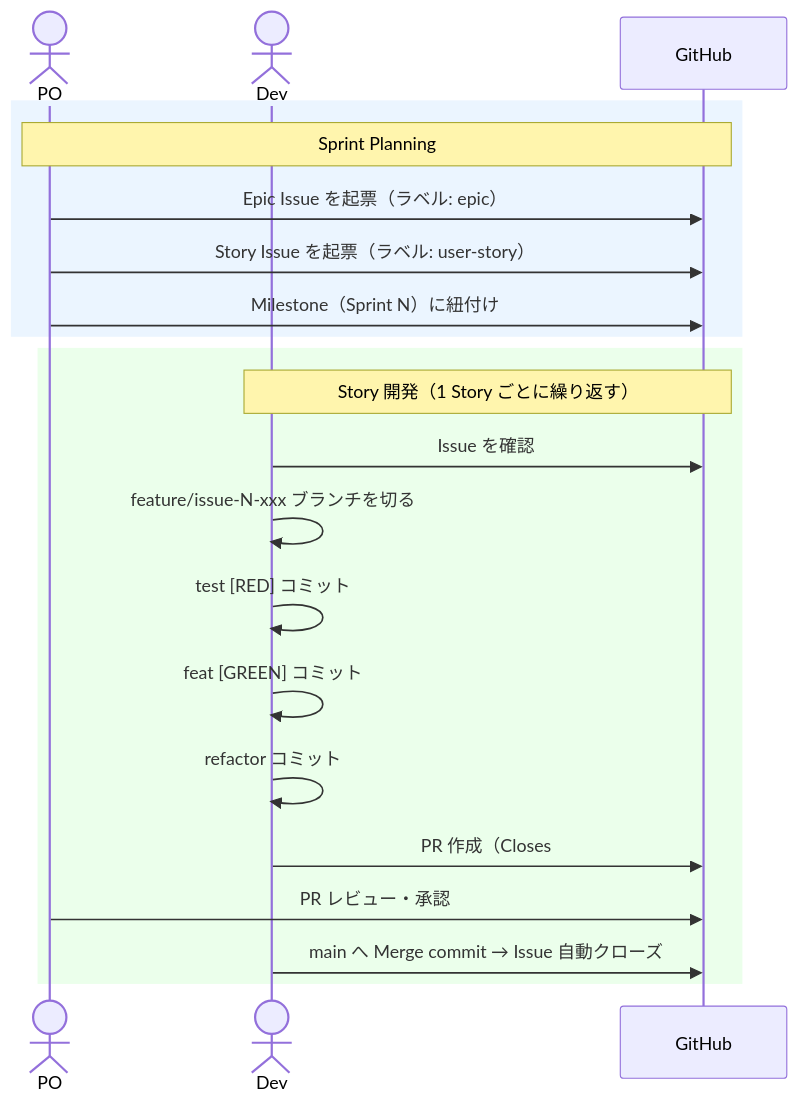
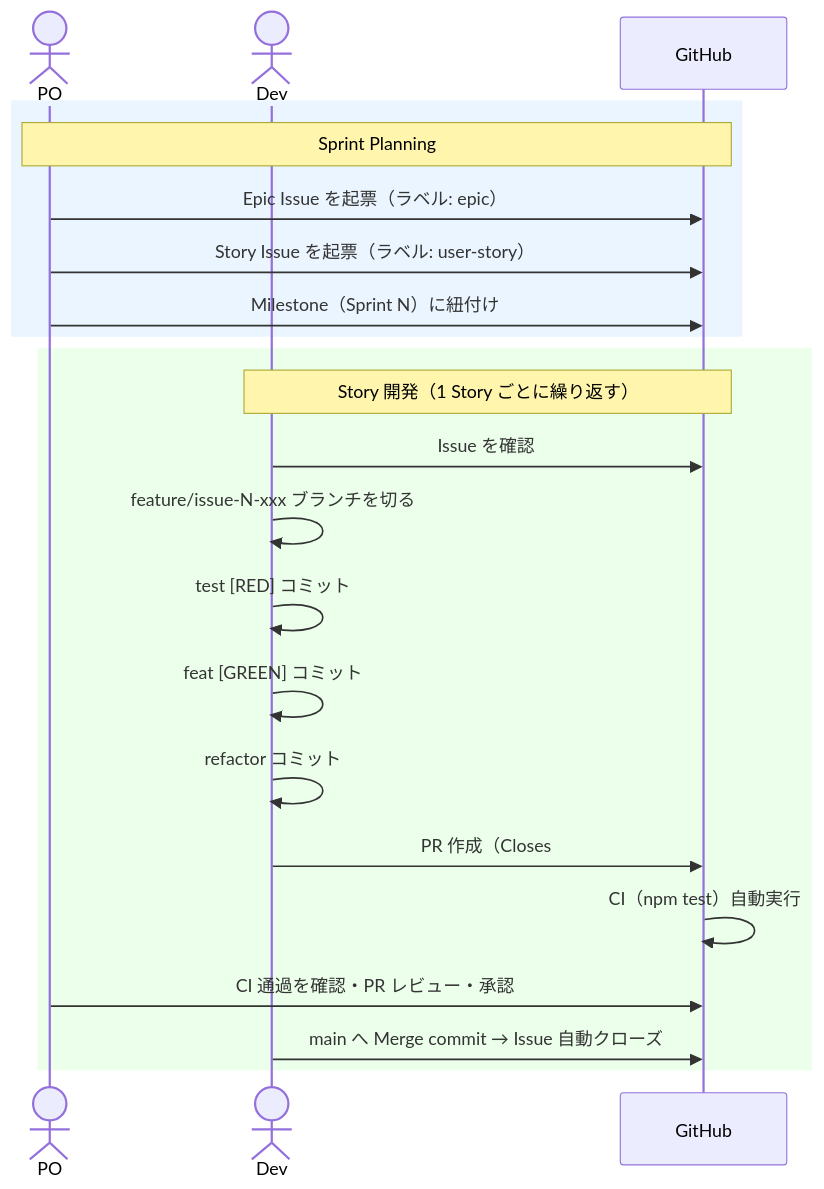
One commit to KeisukeNAITO/scale-paper-generator changed the first of 2 diagrams in doc/workflow.md. Above: the diagram before and after it, drawn with Mermaid. The commit also changed 1 other file, not shown here.

Commit message:
chore: GitHub Actions CI を追加し workflow.md にCIステップを追記

````diff
--- a/doc/workflow.md
+++ b/doc/workflow.md
@@ -16,25 +16,26 @@
 ```mermaid
 sequenceDiagram
   actor PO
   actor Dev
   participant GitHub
 
   rect rgb(235, 245, 255)
     note over PO,GitHub: Sprint Planning
     PO->>GitHub: Epic Issue を起票（ラベル: epic）
     PO->>GitHub: Story Issue を起票（ラベル: user-story）
     PO->>GitHub: Milestone（Sprint N）に紐付け
   end
 
   rect rgb(235, 255, 235)
     note over Dev,GitHub: Story 開発（1 Story ごとに繰り返す）
     Dev->>GitHub: Issue を確認
     Dev->>Dev: feature/issue-N-xxx ブランチを切る
     Dev->>Dev: test [RED] コミット
     Dev->>Dev: feat [GREEN] コミット
     Dev->>Dev: refactor コミット
     Dev->>GitHub: PR 作成（Closes #N を記載）
-    PO->>GitHub: PR レビュー・承認
+    GitHub->>GitHub: CI（npm test）自動実行
+    PO->>GitHub: CI 通過を確認・PR レビュー・承認
     Dev->>GitHub: main へ Merge commit → Issue 自動クローズ
   end
 ```
````
